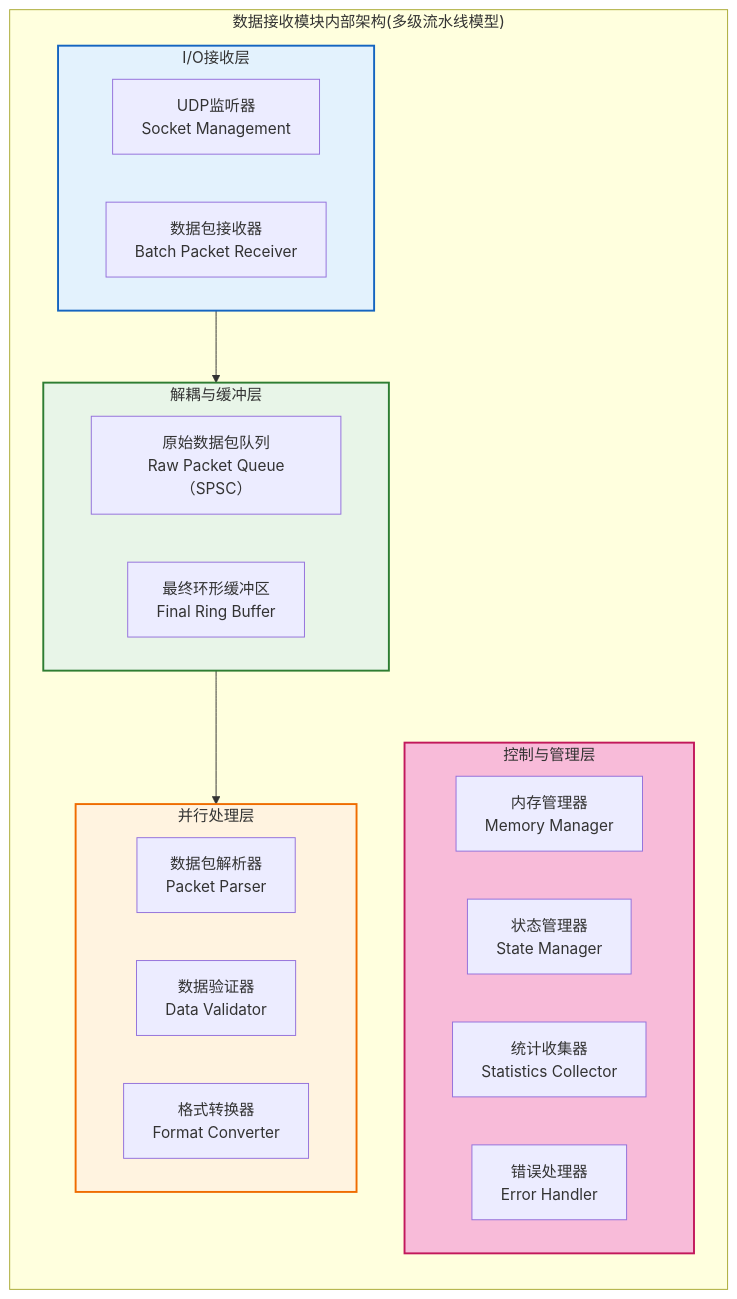
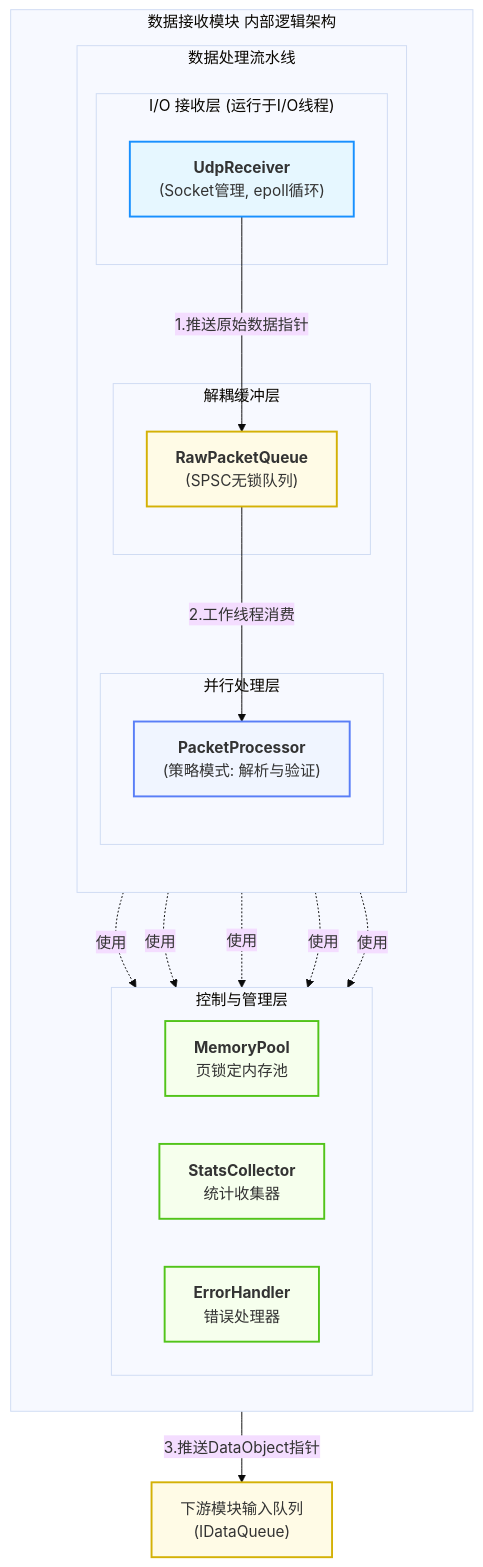
Before and after one commit to wendizhou99-cell/Radar: the second of 7 diagrams in docs/01_项目设计/02_模块设计/01_数据接收模块设计.md, drawn with Mermaid. The commit also changed other lines of this file and 26 other files, not shown here.

First line of the commit message:
docs: 完成数据架构文档系列重构和Mermaid可视化指南增强

````diff
--- a/docs/01_项目设计/02_模块设计/01_数据接收模块设计.md
+++ b/docs/01_项目设计/02_模块设计/01_数据接收模块设计.md
@@ -134,42 +141,63 @@
 ```mermaid
-graph TB
-    subgraph "数据接收模块内部架构(多级流水线模型)"
+---
+  config:
+    theme: base
+    flowchart:
+      curve: basis
+---
+graph TD
+    %% --- 图例 (上下文颜色语义) ---
+    %% I/O层 (浅蓝): 专职处理网络I/O的组件。
+    %% 并行处理层 (淡紫): 执行CPU密集型任务的组件。
+    %% 缓冲/解耦层 (浅黄): 用于线程间通信和解耦的队列。
+    %% 控制/管理层 (浅绿): 提供支持和管理的横切关注点组件。
+
+    subgraph "数据接收模块 内部逻辑架构"
         direction TB
 
         subgraph "控制与管理层"
-            MEMORY_MANAGER[内存管理器<br/>Memory Manager]
-            STATE_MANAGER[状态管理器<br/>State Manager]
-            STATS_COLLECTOR[统计收集器<br/>Statistics Collector]
-            ERROR_HANDLER[错误处理器<br/>Error Handler]
+            direction LR
+            MEM_POOL["<b>MemoryPool</b><br/>页锁定内存池"]
+            STATS["<b>StatsCollector</b><br/>统计收集器"]
+            ERROR["<b>ErrorHandler</b><br/>错误处理器"]
         end
 
-        subgraph "I/O接收层"
-            UDP_LISTENER[UDP监听器<br/>Socket Management]
-            PACKET_RECEIVER[数据包接收器<br/>Batch Packet Receiver]
+        subgraph "数据处理流水线"
+            direction TB
+            subgraph "I/O 接收层 (运行于I/O线程)"
+                UDP_RCV["<b>UdpReceiver</b><br/>(Socket管理, epoll循环)"]
+            end
+
+            subgraph "解耦缓冲层"
+                RAW_QUEUE["<b>RawPacketQueue</b><br/>(SPSC无锁队列)"]
+            end
+
+            subgraph "并行处理层"
+                PARSER["<b>PacketProcessor</b><br/>(策略模式: 解析与验证)"]
+            end
         end
+    end
 
-        subgraph "解耦与缓冲层"
-            RAW_PACKET_QUEUE[原始数据包队列<br/>Raw Packet Queue（SPSC）]
-            RING_BUFFER[最终环形缓冲区<br/>Final Ring Buffer]
-        end
+    %% --- 关系定义 ---
+    UDP_RCV -->|1.推送原始数据指针| RAW_QUEUE
+    RAW_QUEUE -->|2.工作线程消费| PARSER
+    PARSER -->|3.推送DataObject指针| DownstreamQueue["下游模块输入队列<br/>(IDataQueue)"]
 
-        subgraph "并行处理层"
-            PACKET_PARSER[数据包解析器<br/>Packet Parser]
-            DATA_VALIDATOR[数据验证器<br/>Data Validator]
-            FORMAT_CONVERTER[格式转换器<br/>Format Converter]
-        end
+    %% 横切关注点依赖
+    UDP_RCV -.->|使用| MEM_POOL
+    UDP_RCV -.->|使用| STATS & ERROR
 
-        I/O接收层 --> 解耦与缓冲层
-        解耦与缓冲层 --> 并行处理层
+    PARSER -.->|使用| STATS & ERROR
 
-        classDef ioLayer fill:#e3f2fd,stroke:#1565c0,stroke-width:2px
-        classDef bufferLayer fill:#e8f5e8,stroke:#2e7d32,stroke-width:2px
-        classDef processLayer fill:#fff3e0,stroke:#ef6c00,stroke-width:2px
-        classDef controlLayer fill:#f8bbd9,stroke:#c2185b,stroke-width:2px
+    %% --- 标准 classDef 模板 ---
+    classDef role_A fill:#e6f7ff,stroke:#1890ff,stroke-width:2px
+    classDef role_B fill:#f0f5ff,stroke:#597ef7,stroke-width:2px
+    classDef role_C fill:#fffbe6,stroke:#d4b106,stroke-width:2px
+    classDef role_D fill:#f6ffed,stroke:#52c41a,stroke-width:2px
 
-        class I/O接收层 ioLayer
-        class 解耦与缓冲层 bufferLayer
-        class 并行处理层 processLayer
-        class 控制与管理层 controlLayer
-    end
+    %% --- 样式应用 ---
+    class UDP_RCV role_A
+    class PARSER role_B
+    class RAW_QUEUE,DownstreamQueue role_C
+    class MEM_POOL,STATS,ERROR role_D
 ```
````
